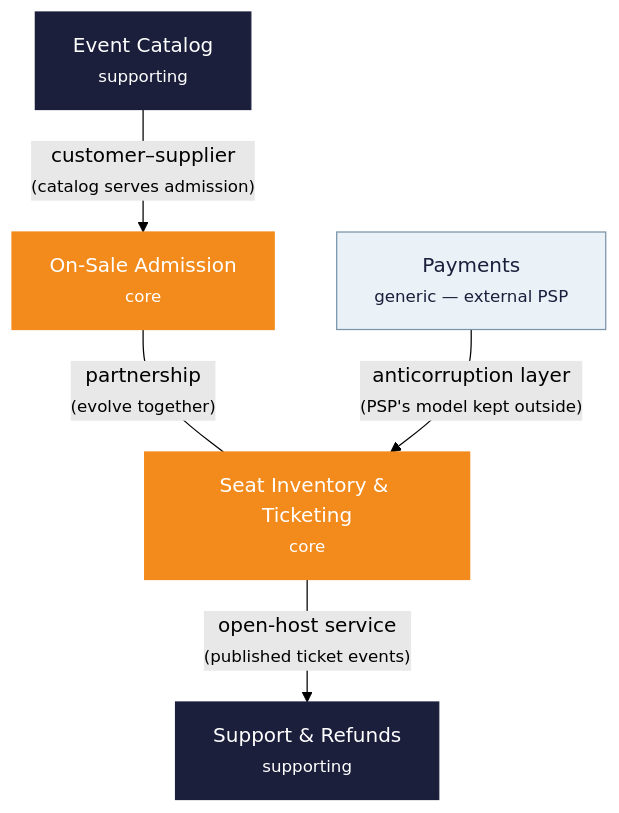
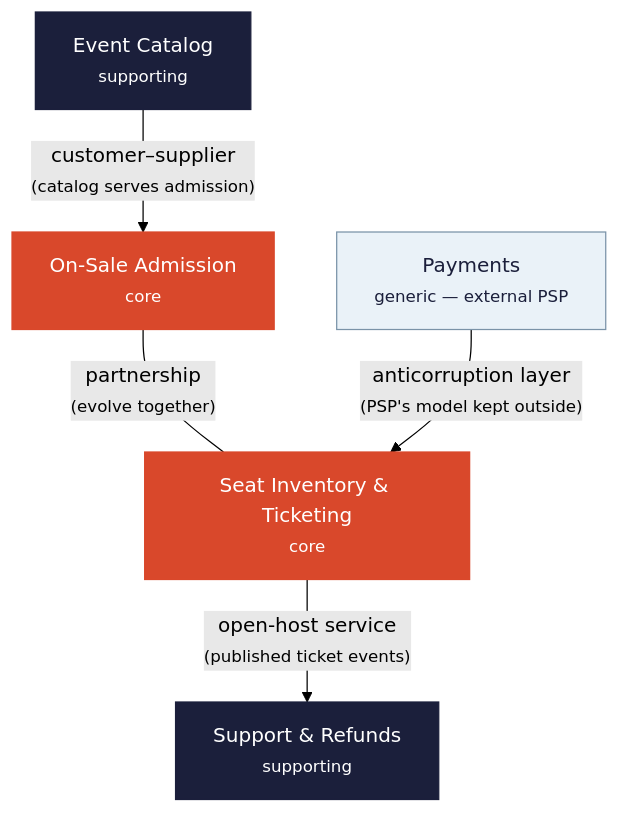
One commit to oleksiyp/arch-book changed the eighth of 23 diagrams in README.md. Above: the diagram before and after it, drawn with Mermaid (forest theme). The commit also changed other lines of this file and 18 other files, not shown here.

```diff
--- a/README.md
+++ b/README.md
@@ -614,18 +614,18 @@
 <pre class="mermaid">
 flowchart TB
     onsale["On-Sale Admission<br/><small>core</small>"]
     inv["Seat Inventory & Ticketing<br/><small>core</small>"]
     cat["Event Catalog<br/><small>supporting</small>"]
     sup["Support & Refunds<br/><small>supporting</small>"]
     pay["Payments<br/><small>generic — external PSP</small>"]
     onsale -- "partnership<br/><small>(evolve together)</small>" --- inv
     cat -- "customer–supplier<br/><small>(catalog serves admission)</small>" --> onsale
     inv -- "open-host service<br/><small>(published ticket events)</small>" --> sup
     pay -- "anticorruption layer<br/><small>(PSP's model kept outside)</small>" --> inv
-    classDef core fill:#f38b1c,stroke:#f38b1c,color:#fff
+    classDef core fill:#d9482b,stroke:#d9482b,color:#fff
     classDef supp fill:#1b1f3b,stroke:#1b1f3b,color:#fff
     classDef gen fill:#eaf2f8,stroke:#7a93a8,color:#1b1f3b
     class onsale,inv core
     class cat,sup supp
     class pay gen
 </pre>
```
